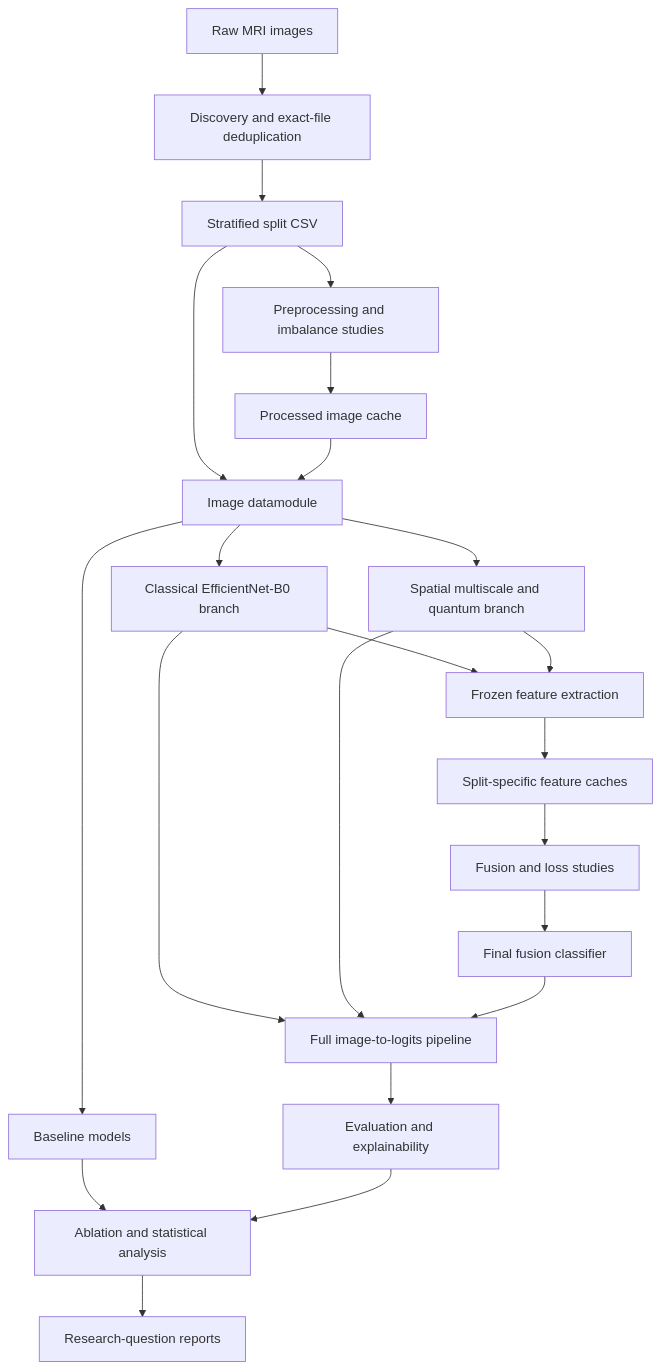
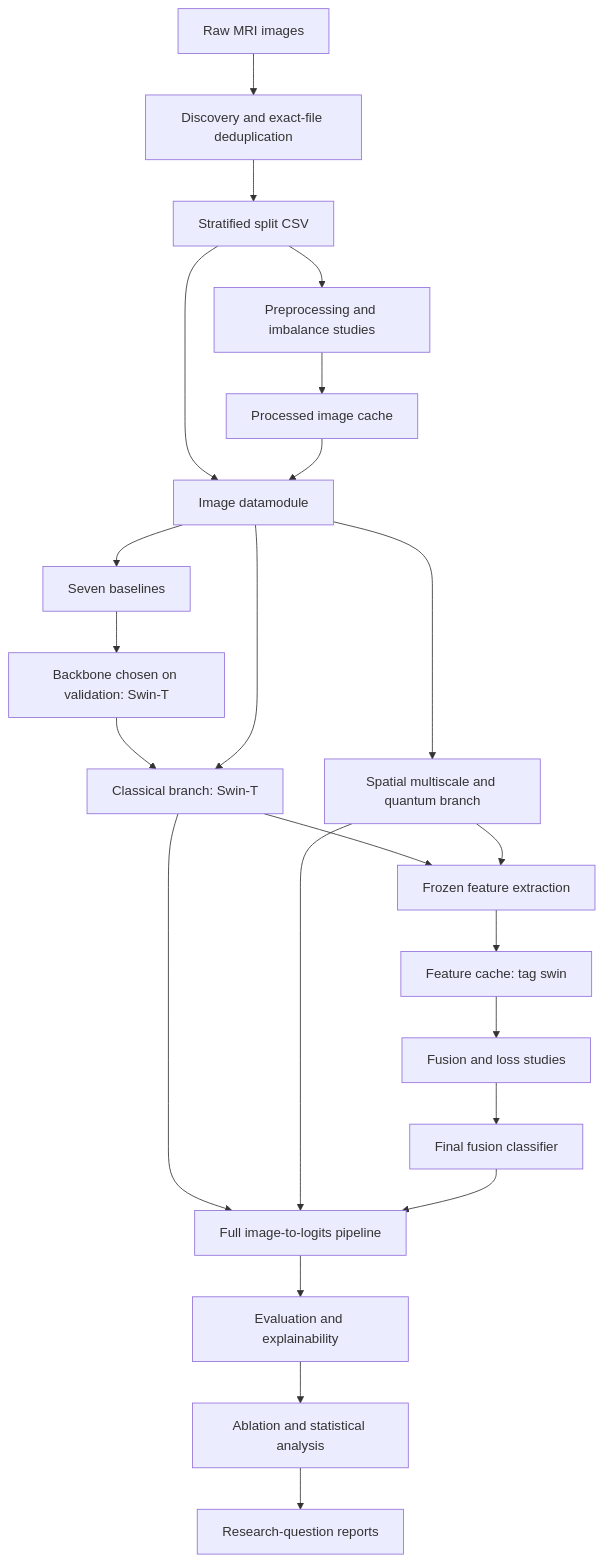
Before and after one commit to Biswadev-9/TensorTonic-Solutions: the first of 2 diagrams in README.md, drawn with Mermaid. The commit also changed other lines of this file, not shown here.

````diff
--- a/README.md
+++ b/README.md
@@ -111,28 +116,29 @@
 ```mermaid
 flowchart TD
     A[Raw MRI images] --> B[Discovery and exact-file deduplication]
     B --> C[Stratified split CSV]
     C --> D[Preprocessing and imbalance studies]
     D --> E[Processed image cache]
     C --> F[Image datamodule]
     E --> F
 
-    F --> G[Classical EfficientNet-B0 branch]
+    F --> I[Seven baselines]
+    I --> SEL[Backbone chosen on validation: Swin-T]
+    SEL --> G[Classical branch: Swin-T]
+    F --> G
     F --> H[Spatial multiscale and quantum branch]
-    F --> I[Baseline models]
 
     G --> J[Frozen feature extraction]
     H --> J
-    J --> K[Split-specific feature caches]
+    J --> K[Feature cache: tag swin]
     K --> L[Fusion and loss studies]
     L --> M[Final fusion classifier]
 
     G --> N[Full image-to-logits pipeline]
     H --> N
     M --> N
 
     N --> O[Evaluation and explainability]
-    I --> P[Ablation and statistical analysis]
-    O --> P
+    O --> P[Ablation and statistical analysis]
     P --> Q[Research-question reports]
 ```
````
